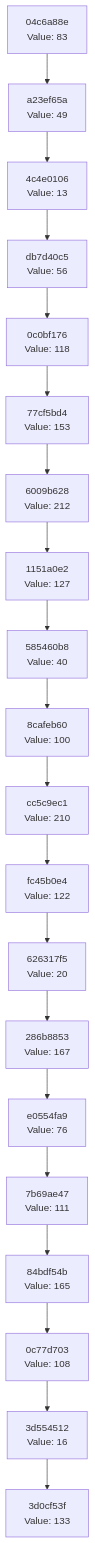
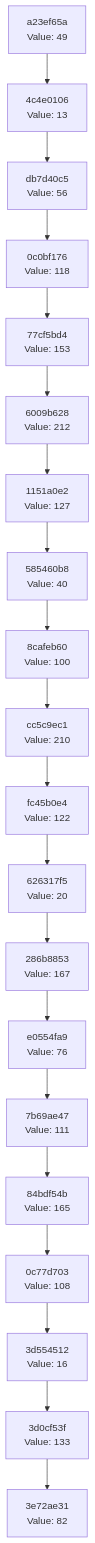
One commit to Abhisheksinha1506/hash-chain-evolver changed the diagram in docs/CHAIN_VISUALIZATION.md. Above: the diagram before and after it, drawn with Mermaid. The commit also changed 3 other files, not shown here.

````diff
--- a/docs/CHAIN_VISUALIZATION.md
+++ b/docs/CHAIN_VISUALIZATION.md
@@ -3,42 +3,42 @@
 ```mermaid
 graph TD
-    C0["3d0cf53f<br/>Value: 133"]
-    C1["3d554512<br/>Value: 16"]
+    C0["3e72ae31<br/>Value: 82"]
+    C1["3d0cf53f<br/>Value: 133"]
     C1 --> C0
-    C2["0c77d703<br/>Value: 108"]
+    C2["3d554512<br/>Value: 16"]
     C2 --> C1
-    C3["84bdf54b<br/>Value: 165"]
+    C3["0c77d703<br/>Value: 108"]
     C3 --> C2
-    C4["7b69ae47<br/>Value: 111"]
+    C4["84bdf54b<br/>Value: 165"]
     C4 --> C3
-    C5["e0554fa9<br/>Value: 76"]
+    C5["7b69ae47<br/>Value: 111"]
     C5 --> C4
-    C6["286b8853<br/>Value: 167"]
+    C6["e0554fa9<br/>Value: 76"]
     C6 --> C5
-    C7["626317f5<br/>Value: 20"]
+    C7["286b8853<br/>Value: 167"]
     C7 --> C6
-    C8["fc45b0e4<br/>Value: 122"]
+    C8["626317f5<br/>Value: 20"]
     C8 --> C7
-    C9["cc5c9ec1<br/>Value: 210"]
+    C9["fc45b0e4<br/>Value: 122"]
     C9 --> C8
-    C10["8cafeb60<br/>Value: 100"]
+    C10["cc5c9ec1<br/>Value: 210"]
     C10 --> C9
-    C11["585460b8<br/>Value: 40"]
+    C11["8cafeb60<br/>Value: 100"]
     C11 --> C10
-    C12["1151a0e2<br/>Value: 127"]
+    C12["585460b8<br/>Value: 40"]
     C12 --> C11
-    C13["6009b628<br/>Value: 212"]
+    C13["1151a0e2<br/>Value: 127"]
     C13 --> C12
-    C14["77cf5bd4<br/>Value: 153"]
+    C14["6009b628<br/>Value: 212"]
     C14 --> C13
-    C15["0c0bf176<br/>Value: 118"]
+    C15["77cf5bd4<br/>Value: 153"]
     C15 --> C14
-    C16["db7d40c5<br/>Value: 56"]
+    C16["0c0bf176<br/>Value: 118"]
     C16 --> C15
-    C17["4c4e0106<br/>Value: 13"]
+    C17["db7d40c5<br/>Value: 56"]
     C17 --> C16
-    C18["a23ef65a<br/>Value: 49"]
+    C18["4c4e0106<br/>Value: 13"]
     C18 --> C17
-    C19["04c6a88e<br/>Value: 83"]
+    C19["a23ef65a<br/>Value: 49"]
     C19 --> C18
 ```
````
